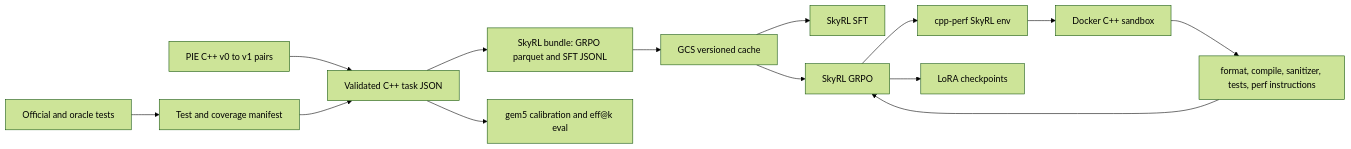
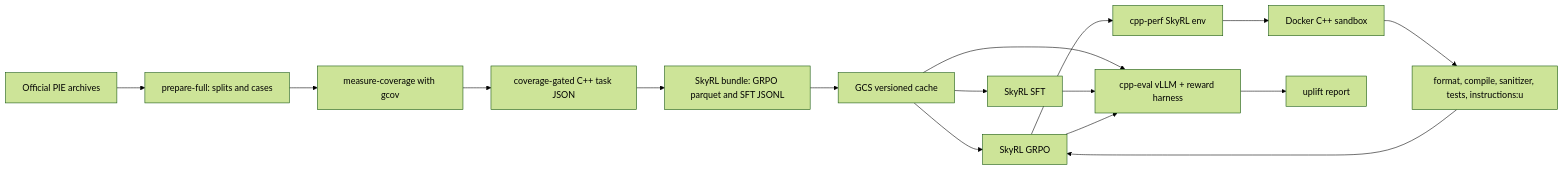
The first of 2 diagrams in README.md (sandys/browser-is-all-you-need), drawn with Mermaid (forest theme) before and after one commit. The commit also changed other lines of this file and 6 other files, not shown here.

````diff
--- a/README.md
+++ b/README.md
@@ -47,16 +21,18 @@
 ```mermaid
 flowchart LR
-  pie[PIE C++ v0 to v1 pairs] --> tasks[Validated C++ task JSON]
-  cases[Official and oracle tests] --> tests[Test and coverage manifest]
-  tests --> tasks
+  raw[Official PIE archives] --> prep[prepare-full: splits and cases]
+  prep --> cov[measure-coverage with gcov]
+  cov --> tasks[coverage-gated C++ task JSON]
   tasks --> skyrl[SkyRL bundle: GRPO parquet and SFT JSONL]
   skyrl --> gcs[GCS versioned cache]
   gcs --> sft[SkyRL SFT]
   gcs --> grpo[SkyRL GRPO]
   grpo --> env[cpp-perf SkyRL env]
-  env --> docker[Docker C++ sandbox]
-  docker --> reward[format, compile, sanitizer, tests, perf instructions]
+  env --> sandbox[Docker C++ sandbox]
+  sandbox --> reward[format, compile, sanitizer, tests, instructions:u]
   reward --> grpo
-  grpo --> lora[LoRA checkpoints]
-  tasks --> eval[gem5 calibration and eff@k eval]
+  gcs --> eval[cpp-eval vLLM + reward harness]
+  sft --> eval
+  grpo --> eval
+  eval --> report[uplift report]
 ```
````
